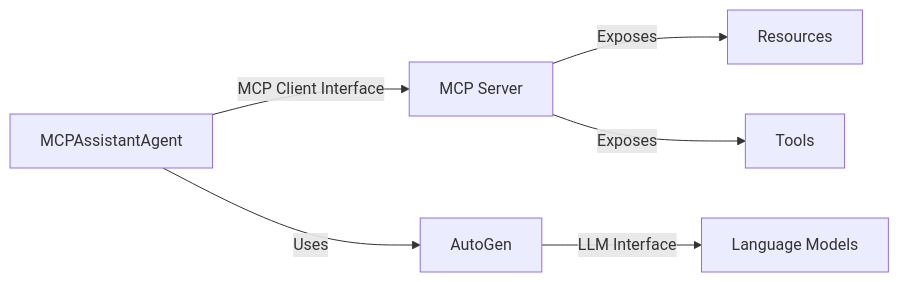
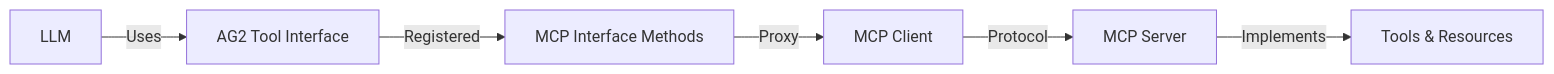
One commit to jtanningbed/mcp-ag2-example changed the diagram in README.md. Above: the diagram before and after it, drawn with Mermaid. The commit also changed other lines of this file, not shown here.

Commit message:
docs: clarify tool abstraction and proxy pattern

````diff
--- a/README.md
+++ b/README.md
@@ -81,8 +87,8 @@
 ```mermaid
 graph LR
-    A[MCPAssistantAgent] -->|MCP Client Interface| B[MCP Server]
-    B -->|Exposes| C[Resources]
-    B -->|Exposes| D[Tools]
-    A -->|Uses| E[AutoGen]
-    E -->|LLM Interface| F[Language Models]
+    A[LLM] -->|Uses| B[AG2 Tool Interface]
+    B -->|Registered| C[MCP Interface Methods]
+    C -->|Proxy| D[MCP Client]
+    D -->|Protocol| E[MCP Server]
+    E -->|Implements| F[Tools & Resources]
 ```
````
